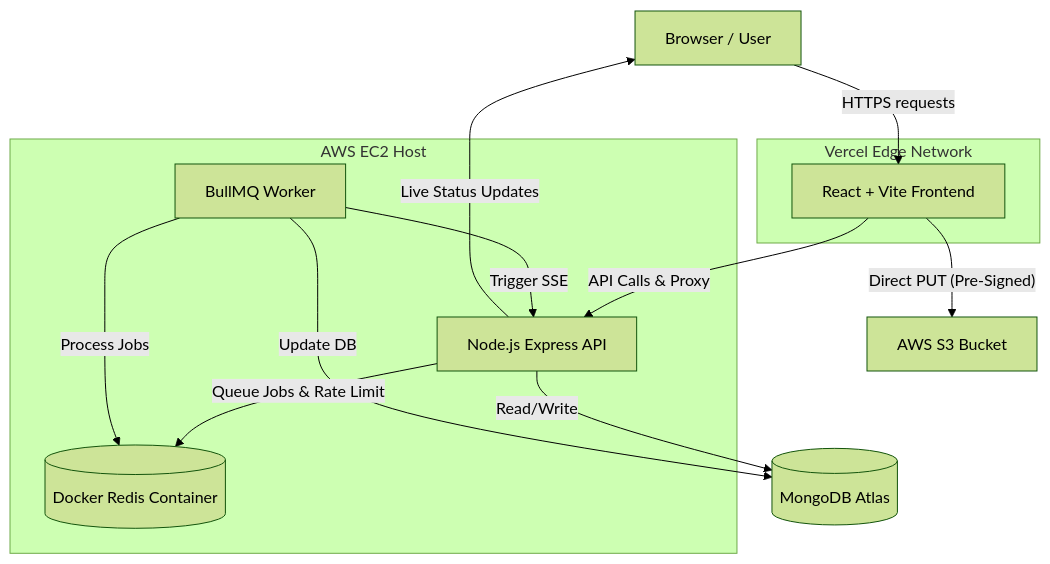
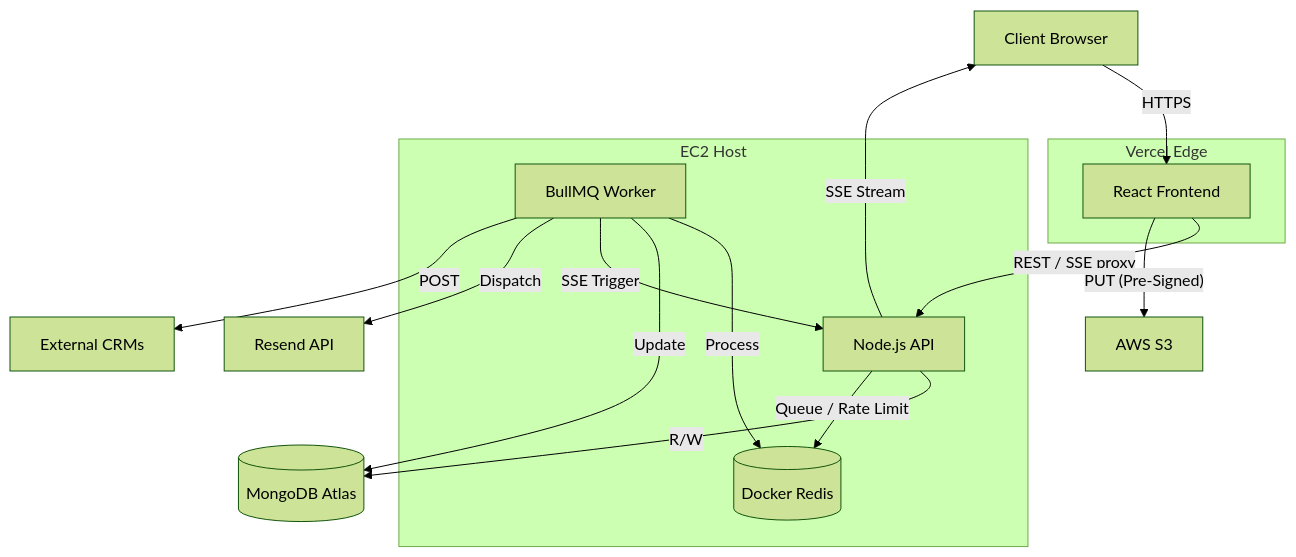
The diagram in README.md (SKD151105/CreditPulse), drawn with Mermaid (forest theme) before and after one commit. The commit also changed other lines of this file, not shown here.

Commit message:
docs: update README with enterprise architectural documentation and features

````diff
--- a/README.md
+++ b/README.md
@@ -67,36 +69,34 @@
 ```mermaid
 flowchart TD
-    %% Entities
-    Client[Browser / User]
+    Client[Client Browser]
     
-    %% Frontend
-    subgraph Vercel[Vercel Edge Network]
-        FE[React + Vite Frontend]
+    subgraph Vercel[Vercel Edge]
+        FE[React Frontend]
     end
     
-    %% AWS Backend
-    subgraph AWS[AWS EC2 Host]
-        API[Node.js Express API]
+    subgraph AWS_EC2[EC2 Host]
+        API[Node.js API]
         Worker[BullMQ Worker]
-        Redis[(Docker Redis Container)]
+        Redis[(Docker Redis)]
     end
     
-    %% External Services
-    S3[AWS S3 Bucket]
+    S3[AWS S3]
     Mongo[(MongoDB Atlas)]
+    Resend[Resend API]
+    WebhookTarget[External CRMs]
     
-    %% Flow
-    Client -- "HTTPS requests" --> FE
-    FE -- "API Calls & Proxy" --> API
-    FE -- "Direct PUT (Pre-Signed)" --> S3
+    Client -- "HTTPS" --> FE
+    FE -- "REST / SSE proxy" --> API
+    FE -- "PUT (Pre-Signed)" --> S3
     
-    API -- "Read/Write" --> Mongo
-    API -- "Queue Jobs & Rate Limit" --> Redis
+    API -- "R/W" --> Mongo
+    API -- "Queue / Rate Limit" --> Redis
     
-    Worker -- "Process Jobs" --> Redis
-    Worker -- "Update DB" --> Mongo
+    Worker -- "Process" --> Redis
+    Worker -- "Update" --> Mongo
     
-    %% Real-time Flow
-    Worker -- "Trigger SSE" --> API
-    API -- "Live Status Updates" --> Client
+    Worker -- "SSE Trigger" --> API
+    Worker -- "Dispatch" --> Resend
+    Worker -- "POST" --> WebhookTarget
+    API -- "SSE Stream" --> Client
 ```
````
